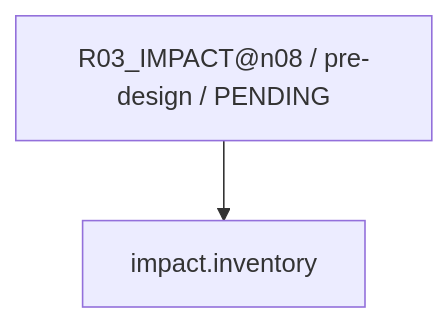
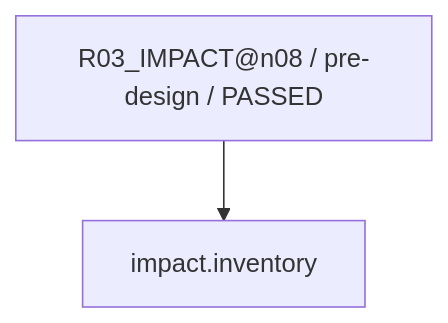
The fourth of 17 diagrams in work/items/W-MATH-037-n08-workflow-trial/generated/CAPABILITY_FIRE_DIAGRAM.md (rrikunagasige-dot/kyotsu-step-web), drawn with Mermaid before and after one commit. The commit also changed other lines of this file and 348 other files, not shown here.

````diff
--- a/work/items/W-MATH-037-n08-workflow-trial/generated/CAPABILITY_FIRE_DIAGRAM.md
+++ b/work/items/W-MATH-037-n08-workflow-trial/generated/CAPABILITY_FIRE_DIAGRAM.md
@@ -62,6 +62,6 @@
 ```mermaid
 flowchart TD
-  N0["R03_IMPACT@n08 / pre-design / PENDING"]
+  N0["R03_IMPACT@n08 / pre-design / PASSED"]
   N1["impact.inventory"]
   N0 --> N1
 ```
````
